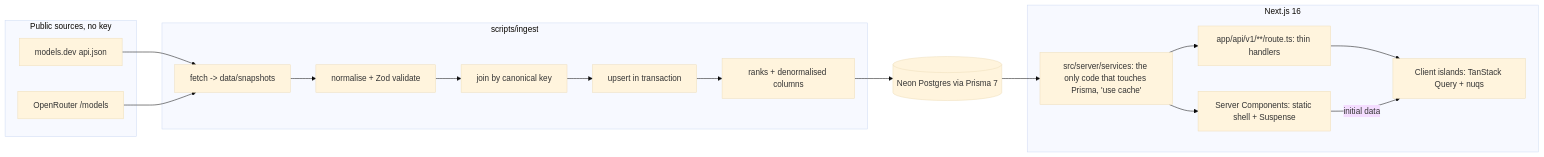
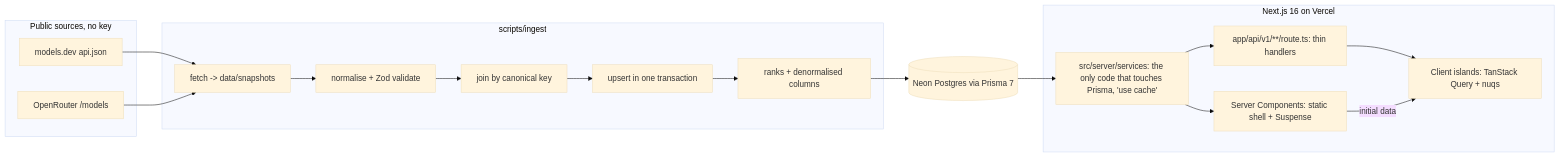
One commit to Srinidhi2504/oneatlas changed the diagram in README.md. Above: the diagram before and after it, drawn with Mermaid (base theme). The commit also changed other lines of this file and 108 other files, not shown here.

````diff
--- a/README.md
+++ b/README.md
@@ -28,24 +29,24 @@
 ```mermaid
 flowchart LR
   subgraph Sources[Public sources, no key]
     MD[models.dev api.json]
     OR[OpenRouter /models]
   end
   subgraph Ingest[scripts/ingest]
-    F[fetch -> data/snapshots] --> N[normalise + Zod validate] --> J[join by canonical key] --> U[upsert in transaction] --> R[ranks + denormalised columns]
+    F[fetch -> data/snapshots] --> N[normalise + Zod validate] --> J[join by canonical key] --> U[upsert in one transaction] --> R[ranks + denormalised columns]
   end
   MD --> F
   OR --> F
   R --> DB[(Neon Postgres via Prisma 7)]
-  subgraph App[Next.js 16]
+  subgraph App[Next.js 16 on Vercel]
     SVC[src/server/services: the only code that touches Prisma, 'use cache']
     API[app/api/v1/**/route.ts: thin handlers]
     RSC[Server Components: static shell + Suspense]
     CL[Client islands: TanStack Query + nuqs]
   end
   DB --> SVC
   SVC --> API
   SVC --> RSC
   API --> CL
   RSC -- initial data --> CL
 ```
````
